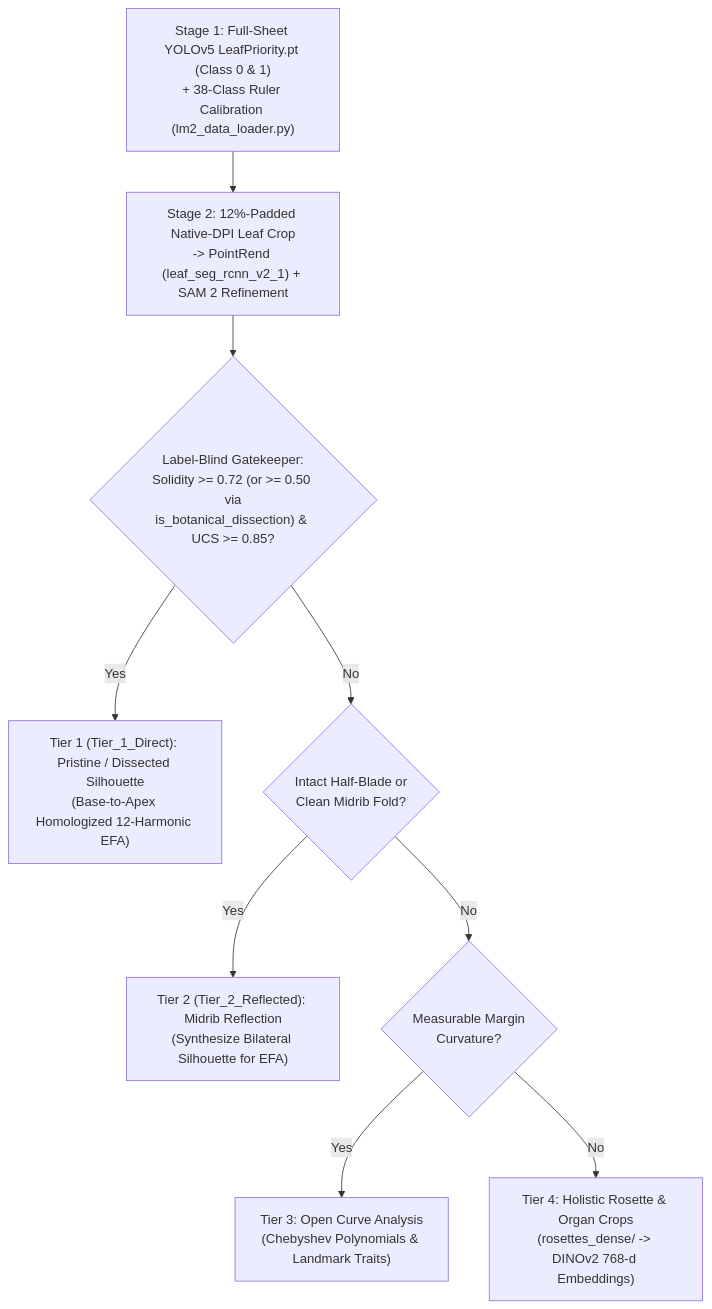
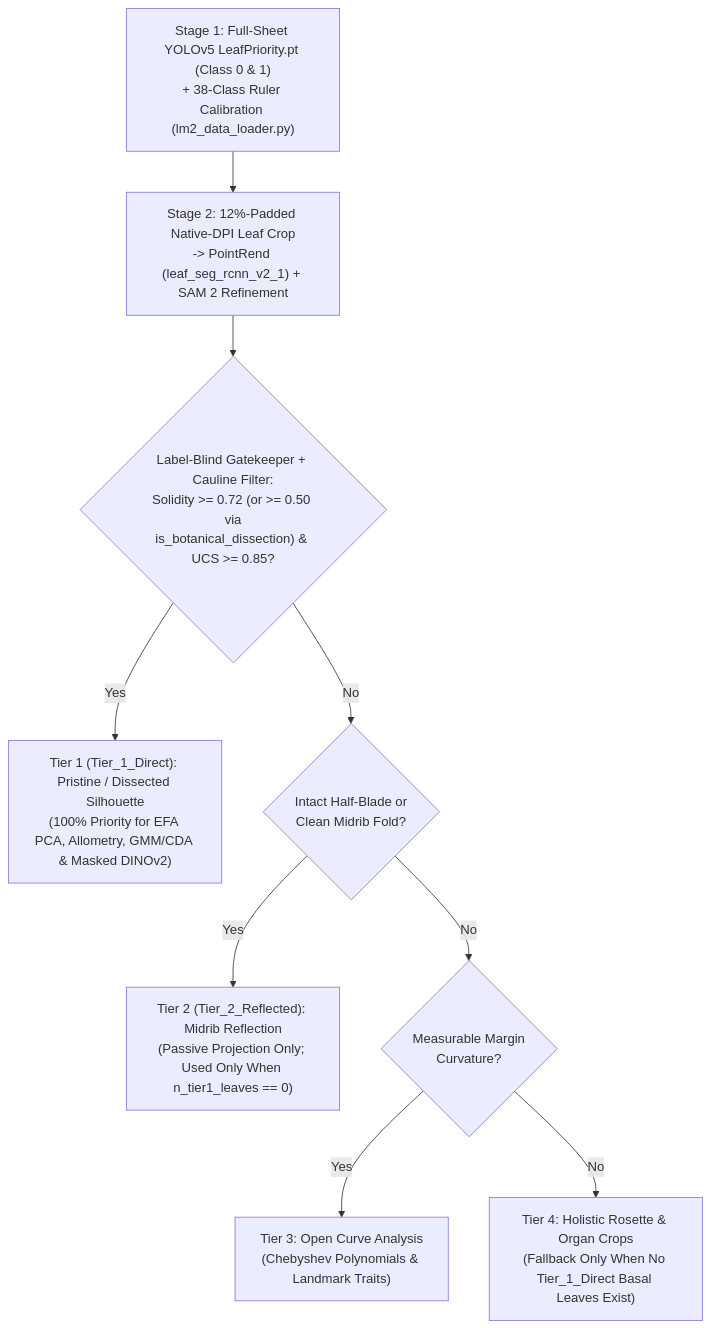
Before and after one commit to Plantatsrophe/Packera_dubia_morphometrics: the diagram in docs/TAXONOMIC_SOP.md, drawn with Mermaid. The commit also changed other lines of this file and 7 other files, not shown here.

````diff
--- a/docs/TAXONOMIC_SOP.md
+++ b/docs/TAXONOMIC_SOP.md
@@ -33,11 +33,11 @@
 ```mermaid
 flowchart TD
     A0["Stage 1: Full-Sheet YOLOv5 LeafPriority.pt (Class 0 & 1)\n+ 38-Class Ruler Calibration (lm2_data_loader.py)"] --> A["Stage 2: 12%-Padded Native-DPI Leaf Crop\n-> PointRend (leaf_seg_rcnn_v2_1) + SAM 2 Refinement"]
-    A --> B{"Label-Blind Gatekeeper:\nSolidity >= 0.72 (or >= 0.50 via\nis_botanical_dissection) & UCS >= 0.85?"}
-    B -- Yes --> C["Tier 1 (Tier_1_Direct): Pristine / Dissected Silhouette\n(Base-to-Apex Homologized 12-Harmonic EFA)"]
+    A --> B{"Label-Blind Gatekeeper + Cauline Filter:\nSolidity >= 0.72 (or >= 0.50 via\nis_botanical_dissection) & UCS >= 0.85?"}
+    B -- Yes --> C["Tier 1 (Tier_1_Direct): Pristine / Dissected Silhouette\n(100% Priority for EFA PCA, Allometry, GMM/CDA & Masked DINOv2)"]
     B -- No --> D{"Intact Half-Blade or\nClean Midrib Fold?"}
-    D -- Yes --> E["Tier 2 (Tier_2_Reflected): Midrib Reflection\n(Synthesize Bilateral Silhouette for EFA)"]
+    D -- Yes --> E["Tier 2 (Tier_2_Reflected): Midrib Reflection\n(Passive Projection Only; Used Only When n_tier1_leaves == 0)"]
     D -- No --> F{"Measurable Margin\nCurvature?"}
     F -- Yes --> G["Tier 3: Open Curve Analysis\n(Chebyshev Polynomials & Landmark Traits)"]
-    F -- No --> H["Tier 4: Holistic Rosette & Organ Crops\n(rosettes_dense/ -> DINOv2 768-d Embeddings)"]
+    F -- No --> H["Tier 4: Holistic Rosette & Organ Crops\n(Fallback Only When No Tier_1_Direct Basal Leaves Exist)"]
 ```
````
